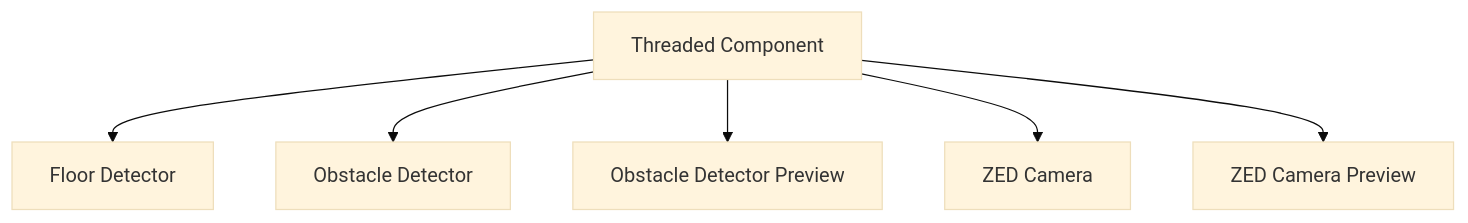
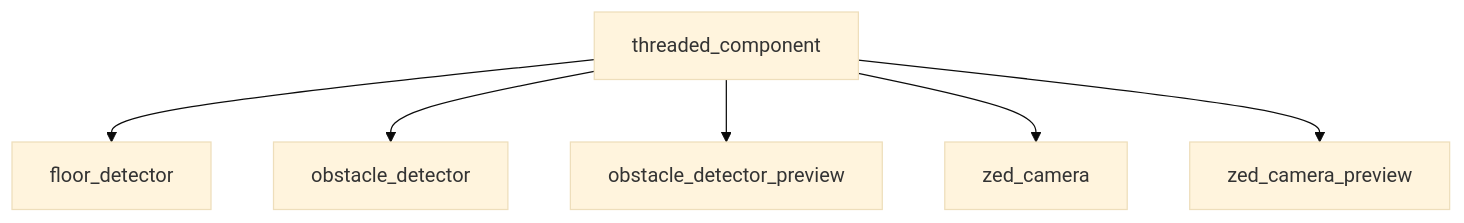
The second of 2 diagrams in docs/codebase/namespaces/core/implementation/threaded_component.md (kasper-szczerba/autonomous_control_system_wiki), drawn with Mermaid (base theme) before and after one commit. The commit also changed other lines of this file and 41 other files, not shown here.

````diff
--- a/docs/codebase/namespaces/core/implementation/threaded_component.md
+++ b/docs/codebase/namespaces/core/implementation/threaded_component.md
@@ -29,9 +29,9 @@
 ```mermaid
 graph TD
-    threaded_component["Threaded Component"]
-    threaded_component["Threaded Component"] --> floor_detector["Floor Detector"]
-    threaded_component["Threaded Component"] --> obstacle_detector["Obstacle Detector"]
-    threaded_component["Threaded Component"] --> obstacle_detector_preview["Obstacle Detector Preview"]
-    threaded_component["Threaded Component"] --> zed_camera["ZED Camera"]
-    threaded_component["Threaded Component"] --> zed_camera_preview["ZED Camera Preview"]
+    threaded_component["threaded_component"]
+    threaded_component["threaded_component"] --> floor_detector["floor_detector"]
+    threaded_component["threaded_component"] --> obstacle_detector["obstacle_detector"]
+    threaded_component["threaded_component"] --> obstacle_detector_preview["obstacle_detector_preview"]
+    threaded_component["threaded_component"] --> zed_camera["zed_camera"]
+    threaded_component["threaded_component"] --> zed_camera_preview["zed_camera_preview"]
 ```
````
